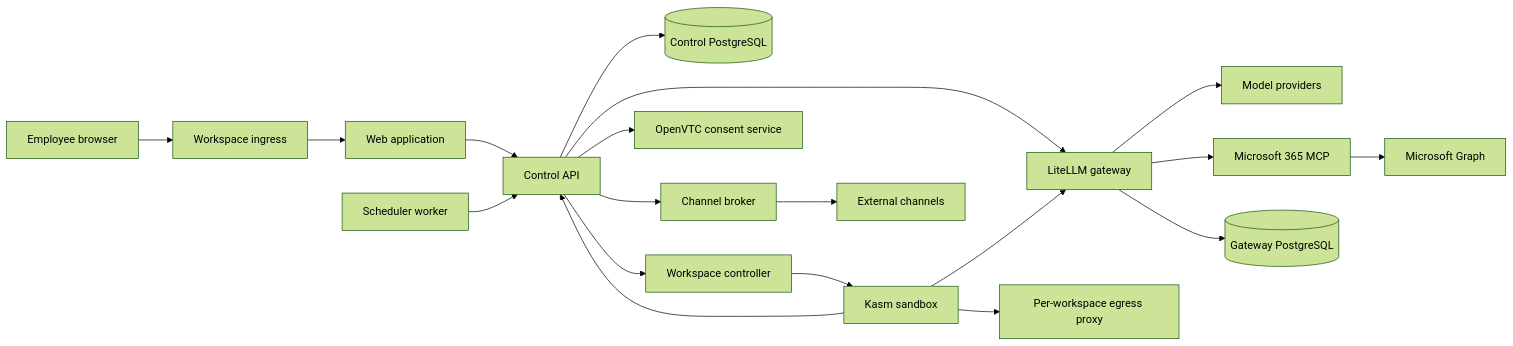
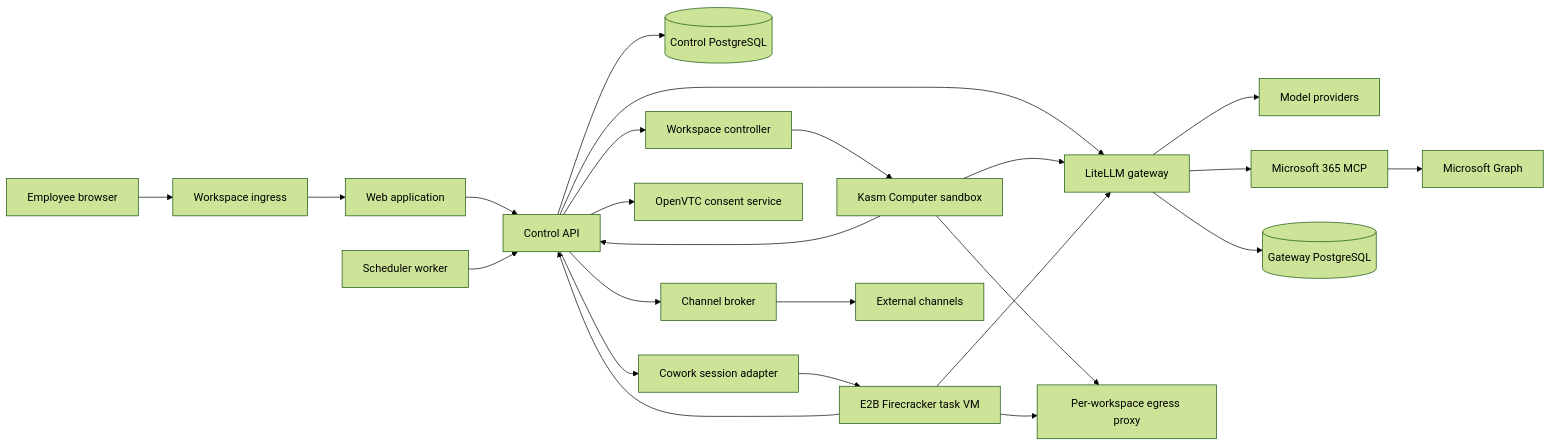
The diagram in README.md (ONE-Computer/LemmaComputer), drawn with Mermaid (forest theme) before and after one commit. The commit also changed other lines of this file and 10 other files, not shown here.

````diff
--- a/README.md
+++ b/README.md
@@ -22,24 +22,29 @@
 ```mermaid
 flowchart LR
   Employee["Employee browser"] --> Ingress["Workspace ingress"]
   Ingress --> Web["Web application"]
   Web --> Control["Control API"]
 
   Control --> Store[("Control PostgreSQL")]
   Control --> Controller["Workspace controller"]
-  Controller --> Sandbox["Kasm sandbox"]
+  Controller --> Computer["Kasm Computer sandbox"]
+  Control --> Cowork["Cowork session adapter"]
+  Cowork --> E2B["E2B Firecracker task VM"]
   Control --> Consent["OpenVTC consent service"]
   Control --> Gateway["LiteLLM gateway"]
   Control --> Broker["Channel broker"]
   Scheduler["Scheduler worker"] --> Control
 
-  Sandbox --> Gateway
-  Sandbox --> Control
-  Sandbox --> Egress["Per-workspace egress proxy"]
+  Computer --> Gateway
+  Computer --> Control
+  Computer --> Egress["Per-workspace egress proxy"]
+  E2B --> Gateway
+  E2B --> Control
+  E2B --> Egress
   Gateway --> Models["Model providers"]
   Gateway --> M365["Microsoft 365 MCP"]
   M365 --> Graph["Microsoft Graph"]
   Broker --> Channels["External channels"]
 
   Gateway --> GatewayStore[("Gateway PostgreSQL")]
 ```
````
